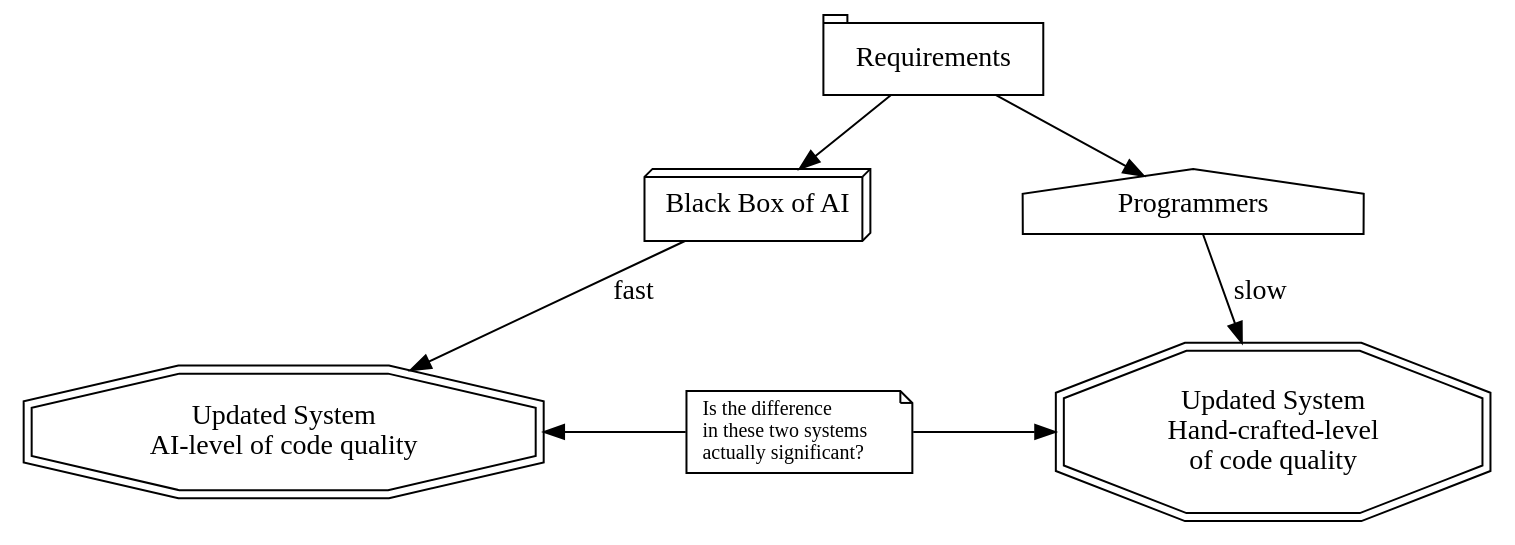
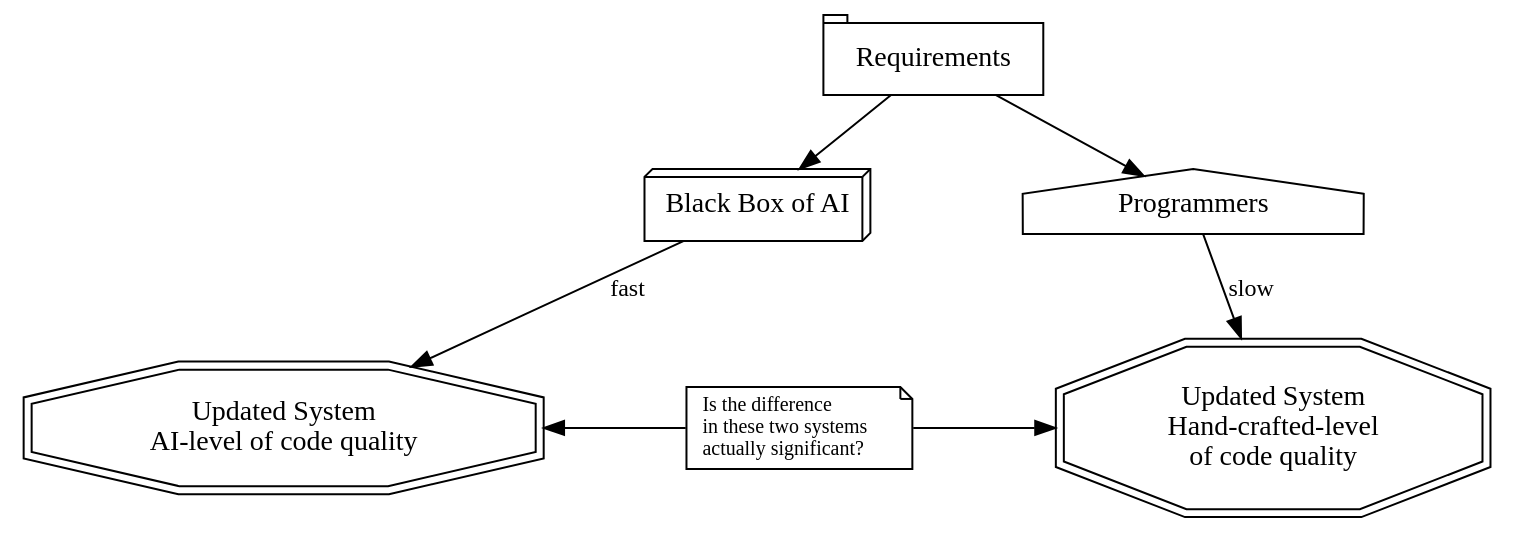
The diagram in images/ai-system-quality-diff.dot (davetron5000/naildrivin5.com), drawn with Graphviz before and after one commit. The commit also changed 197 other files, not shown here.

```diff
--- a/images/ai-system-quality-diff.dot
+++ b/images/ai-system-quality-diff.dot
@@ -1,23 +1,24 @@
 digraph G {
 
-  node[fontname=futura]
+  node[fontname="Jost" class="shape"]
+  edge[fontname="Source Serif 4" fontsize=12]
   nodesep=0.5
   ranksep=0.5
   
 
   Requirements    -> BlackBox
   BlackBox        -> UpdatedSystemAI[label="fast"]
   Requirements    -> Programmers
   Programmers     -> UpdatedSystemProgrammers[label="slow"]
   UpdatedSystemAI -> Note[dir=back]
   Note            -> UpdatedSystemProgrammers
   
   Requirements             [ shape=tab           label="Requirements"]
   BlackBox                 [ shape=box3d         label="Black Box of AI"]
   Programmers              [ shape=house         label="Programmers"]
   UpdatedSystemAI          [ shape=doubleoctagon label="Updated System\nAI-level of code quality"]
   UpdatedSystemProgrammers [ shape=doubleoctagon label="Updated System\nHand-crafted-level\nof code quality"]
-  Note                     [ shape=note          label="Is the difference\lin these two systems\lactually significant?\l" fontname=Baskerville fontsize=10]
+  Note                     [ shape=note          label="Is the difference\lin these two systems\lactually significant?\l" fontname="Source Serif 4" fontsize=10 class="shape note"]
 
   { rank=same; UpdatedSystemAI; UpdatedSystemProgrammers; Note }
 }
```
